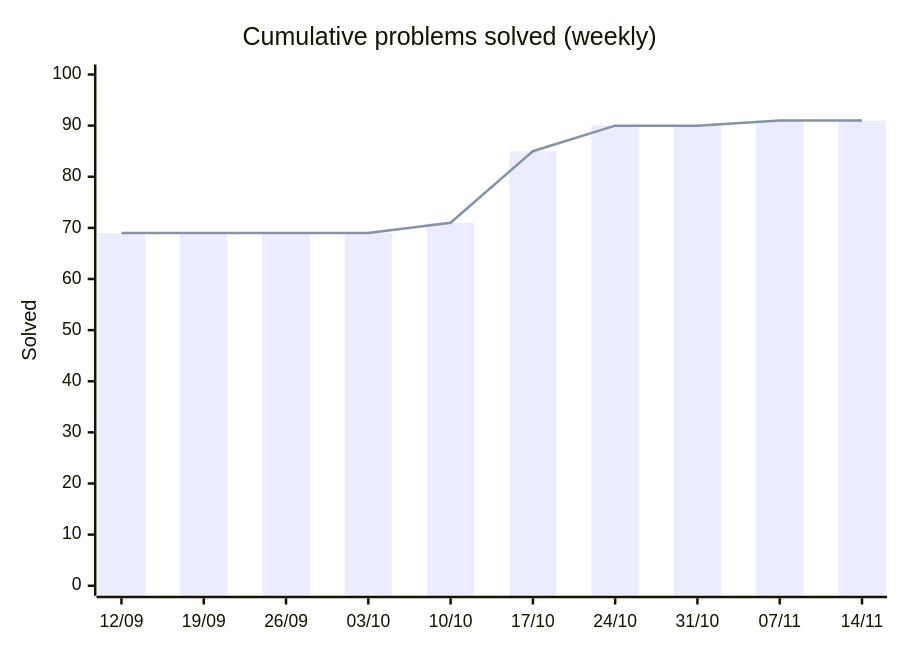
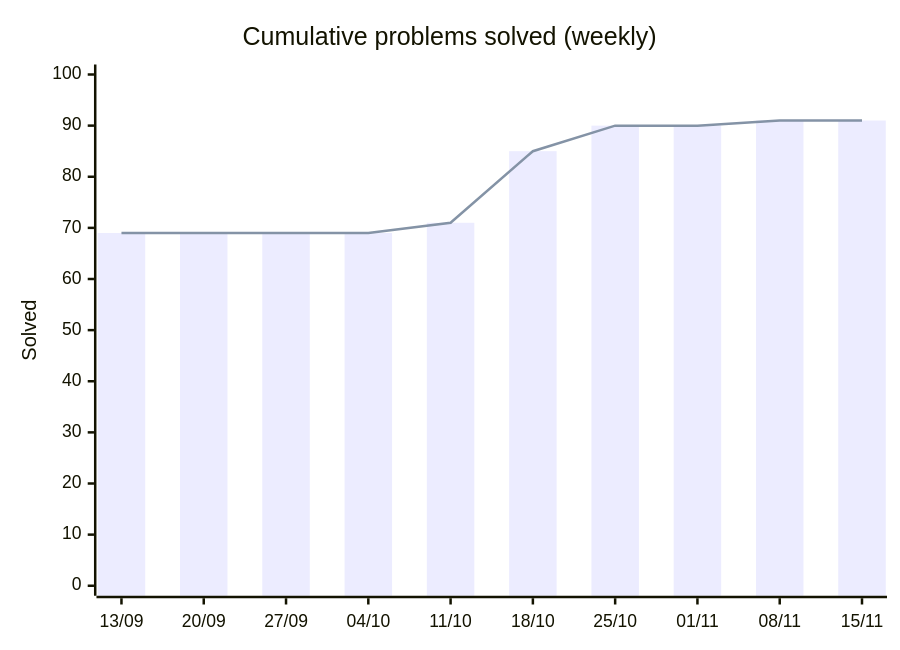
The first of 2 diagrams in README.md (HarryTrn/TensorTonic-Solutions), drawn with Mermaid before and after one commit. The commit also changed other lines of this file, not shown here.

````diff
--- a/README.md
+++ b/README.md
@@ -65,8 +65,8 @@
 ```mermaid
 xychart-beta
     title "Cumulative problems solved (weekly)"
-    x-axis ["12/09", "19/09", "26/09", "03/10", "10/10", "17/10", "24/10", "31/10", "07/11", "14/11"]
+    x-axis ["13/09", "20/09", "27/09", "04/10", "11/10", "18/10", "25/10", "01/11", "08/11", "15/11"]
     y-axis "Solved" 0 --> 100
     bar [69, 69, 69, 69, 71, 85, 90, 90, 91, 91]
     line [69, 69, 69, 69, 71, 85, 90, 90, 91, 91]
 ```
````
